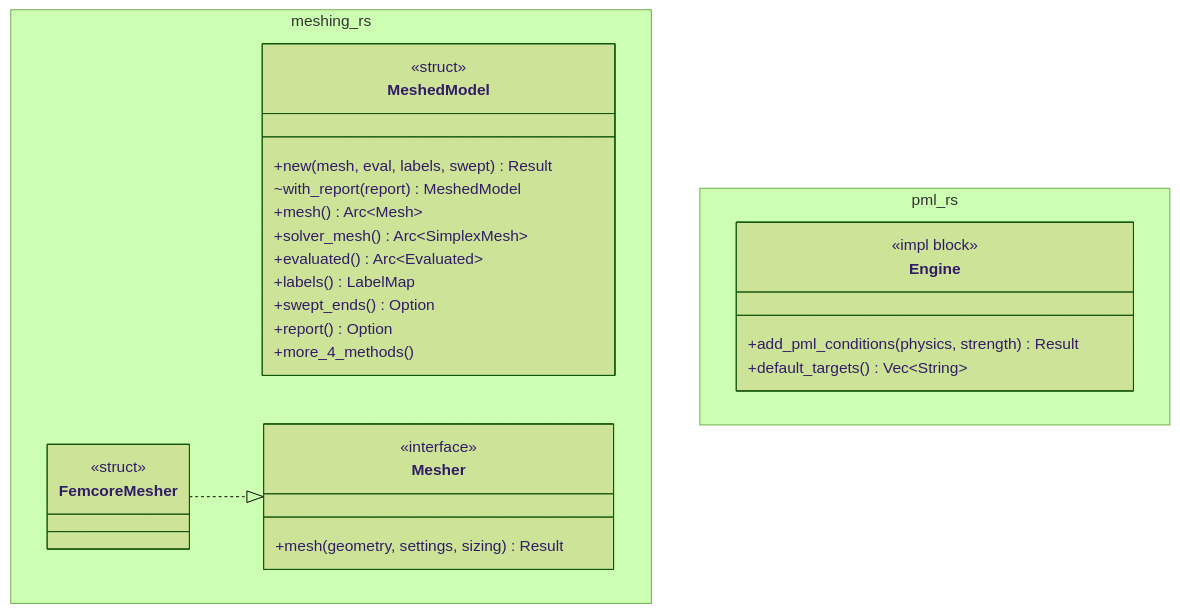
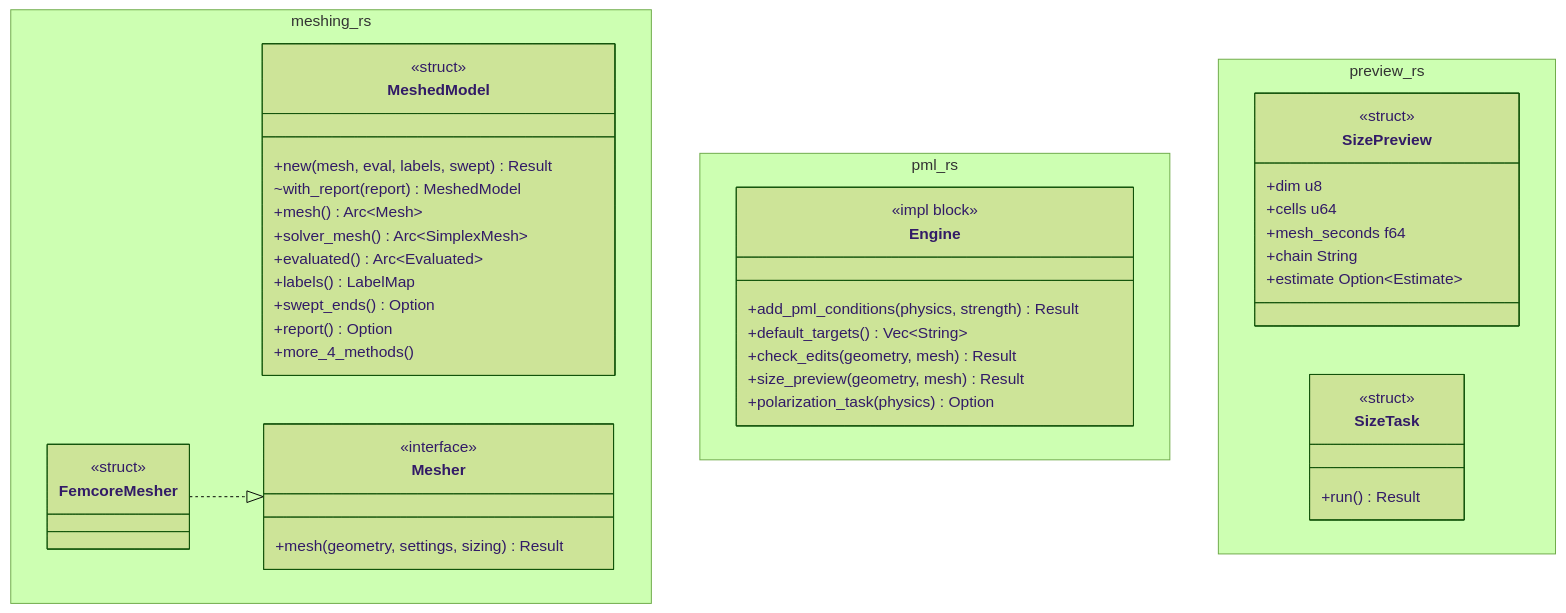
Before and after one commit to p-j-r/nyx: the diagram in docs/architecture/c4/4-code/engine/meshing.md, drawn with Mermaid (forest theme). The commit also changed other lines of this file and 44 other files, not shown here.

````diff
--- a/docs/architecture/c4/4-code/engine/meshing.md
+++ b/docs/architecture/c4/4-code/engine/meshing.md
@@ -43,32 +46,49 @@
 ```mermaid
 classDiagram
   namespace meshing_rs {
     class MeshedModel {
         <<struct>>
         +new(mesh, eval, labels, swept) Result
         ~with_report(report) MeshedModel
         +mesh() Arc~Mesh~
         +solver_mesh() Arc~SimplexMesh~
         +evaluated() Arc~Evaluated~
         +labels() LabelMap
         +swept_ends() Option
         +report() Option
         +more_4_methods()
     }
     class Mesher {
         <<interface>>
         +mesh(geometry, settings, sizing) Result
     }
     class FemcoreMesher {
         <<struct>>
     }
   }
   namespace pml_rs {
     class Engine {
         <<impl block>>
         +add_pml_conditions(physics, strength) Result
         +default_targets() Vec~String~
+        +check_edits(geometry, mesh) Result
+        +size_preview(geometry, mesh) Result
+        +polarization_task(physics) Option
+    }
+  }
+  namespace preview_rs {
+    class SizePreview {
+        <<struct>>
+        +dim u8
+        +cells u64
+        +mesh_seconds f64
+        +chain String
+        +estimate Option~Estimate~
+    }
+    class SizeTask {
+        <<struct>>
+        +run() Result
     }
   }
   FemcoreMesher ..|> Mesher
 ```
````
